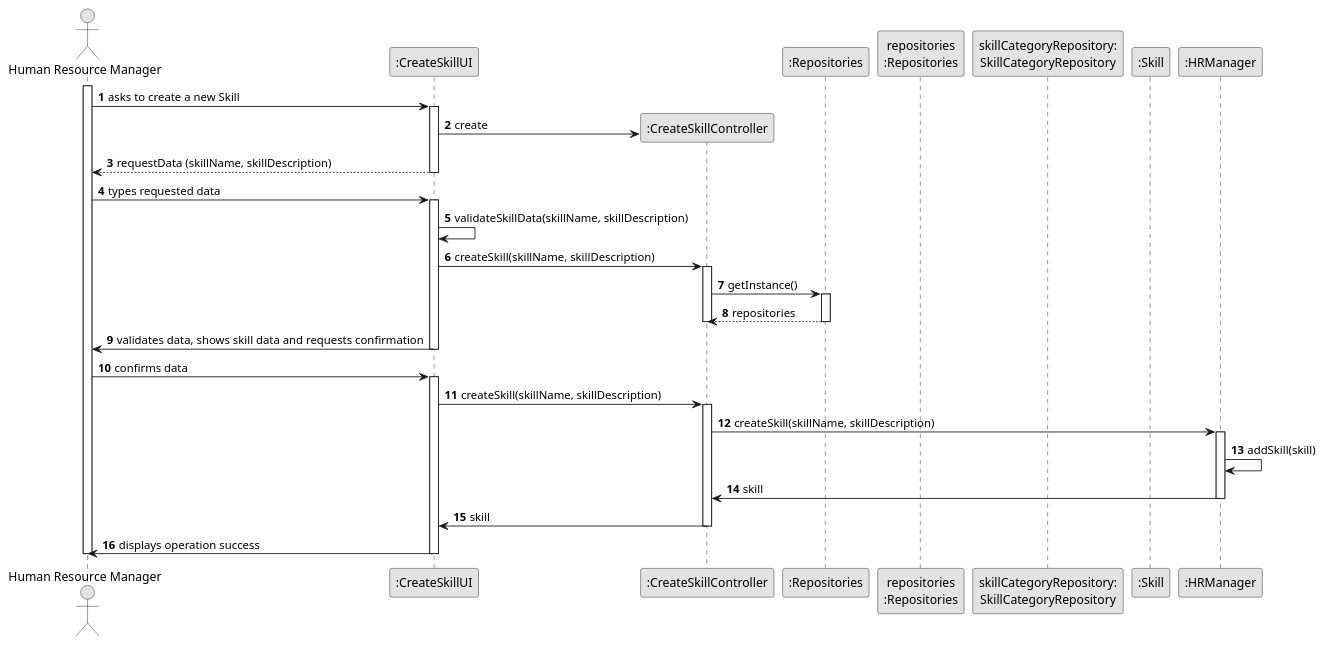
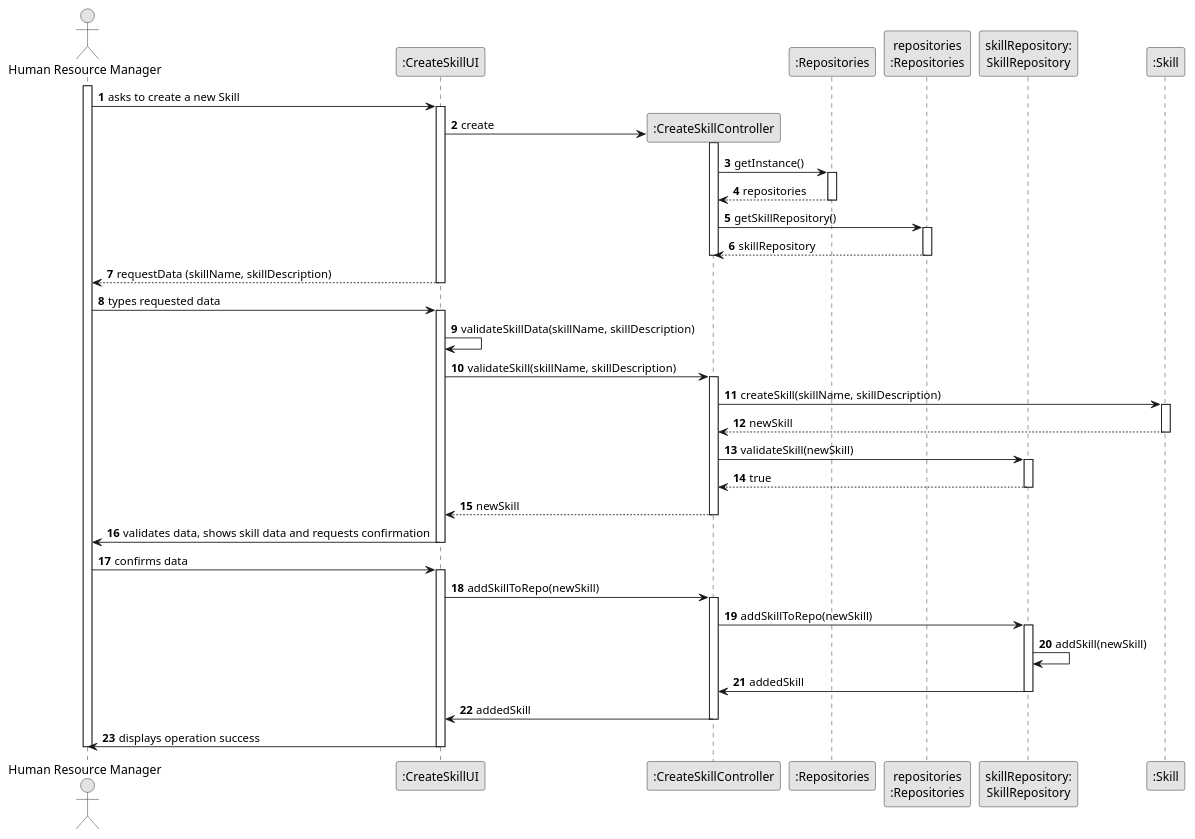
Before and after one commit to Paulo-Pereira-at-ISEP/lei-24-s2-1nanb-g321: the diagram in docs/sprintB/us01/03.design/puml/us01-sequence-diagram-full.puml, drawn with PlantUML.

Commit message:
LGGPM-117 - US01 - Design - Sequence Diagram update

```diff
--- a/docs/sprintB/us01/03.design/puml/us01-sequence-diagram-full.puml
+++ b/docs/sprintB/us01/03.design/puml/us01-sequence-diagram-full.puml
@@ -1,90 +1,117 @@
 @startuml
 skinparam monochrome true
 skinparam packageStyle rectangle
 skinparam shadowing false
 
 autonumber
 
 'hide footbox
 
 actor "Human Resource Manager" as HRM
 participant ":CreateSkillUI" as UI
 participant ":CreateSkillController" as CTRL
 participant ":Repositories" as RepositorySingleton
 participant "repositories\n:Repositories" as PLAT
-participant "skillCategoryRepository:\nSkillCategoryRepository" as SkillRepository
+participant "skillRepository:\nSkillRepository" as SkillRepository
 participant ":Skill" as SKILL
-participant ":HRManager" as MNGR
+'participant ":HRManager" as MNGR
 
 activate HRM
 
         HRM -> UI : asks to create a new Skill
 
         activate UI
             'create CTRL
             UI -> CTRL** : create
 
+            activate CTRL
+
+                CTRL -> RepositorySingleton : getInstance()
+
+                activate RepositorySingleton
+
+                    RepositorySingleton --> CTRL : repositories
+
+                deactivate RepositorySingleton
+
+                CTRL -> PLAT : getSkillRepository()
+
+                activate PLAT
+
+                    PLAT --> CTRL : skillRepository
+
+                deactivate PLAT
+
+            deactivate CTRL
 
 
             'requests the HRM to input data
             UI --> HRM : requestData (skillName, skillDescription)
         deactivate UI
 
         HRM -> UI : types requested data
 
         activate UI
 
             UI -> UI : validateSkillData(skillName, skillDescription)
 
-            UI -> CTRL : createSkill(skillName, skillDescription)
+            UI -> CTRL : validateSkill(skillName, skillDescription)
             activate CTRL
 
-                CTRL -> RepositorySingleton : getInstance()
 
-                activate RepositorySingleton
+                CTRL -> SKILL : createSkill(skillName, skillDescription)
 
-                    RepositorySingleton --> CTRL : repositories
+                activate SKILL
 
-                deactivate RepositorySingleton
+                    SKILL --> CTRL : newSkill
+
+                deactivate SKILL
+
+                CTRL -> SkillRepository : validateSkill(newSkill)
+
+                activate SkillRepository
+
+                    SkillRepository --> CTRL : true
+
+                deactivate SkillRepository
+
+            CTRL --> UI : newSkill
 
             deactivate CTRL
 
                 UI -> HRM : validates data, shows skill data and requests confirmation
 
 
 
         deactivate UI
 
 
     HRM -> UI : confirms data
     activate UI
 
-        UI -> CTRL : createSkill(skillName, skillDescription)
+        UI -> CTRL : addSkillToRepo(newSkill)
+
         activate CTRL
 
-            CTRL -> MNGR : createSkill(skillName, skillDescription)
 
+            CTRL -> SkillRepository : addSkillToRepo(newSkill)
 
-            'CTRL -> SkillRepository : getSkill()
-            'activate SkillRepository
-            '    SkillRepository --> CTRL : skillList
-            'deactivate SkillRepository
-            activate MNGR
+            activate SkillRepository
 
-                MNGR -> MNGR : addSkill(skill)
+                SkillRepository -> SkillRepository : addSkill(newSkill)
 
-                MNGR -> CTRL : skill
+                SkillRepository -> CTRL : addedSkill
 
-            deactivate MNGR
+            deactivate SkillRepository
 
-            CTRL -> UI : skill
+            CTRL -> UI : addedSkill
 
         deactivate CTRL
 
         UI -> HRM : displays operation success
 
     deactivate UI
 
 deactivate HRM
 
 @enduml
```
